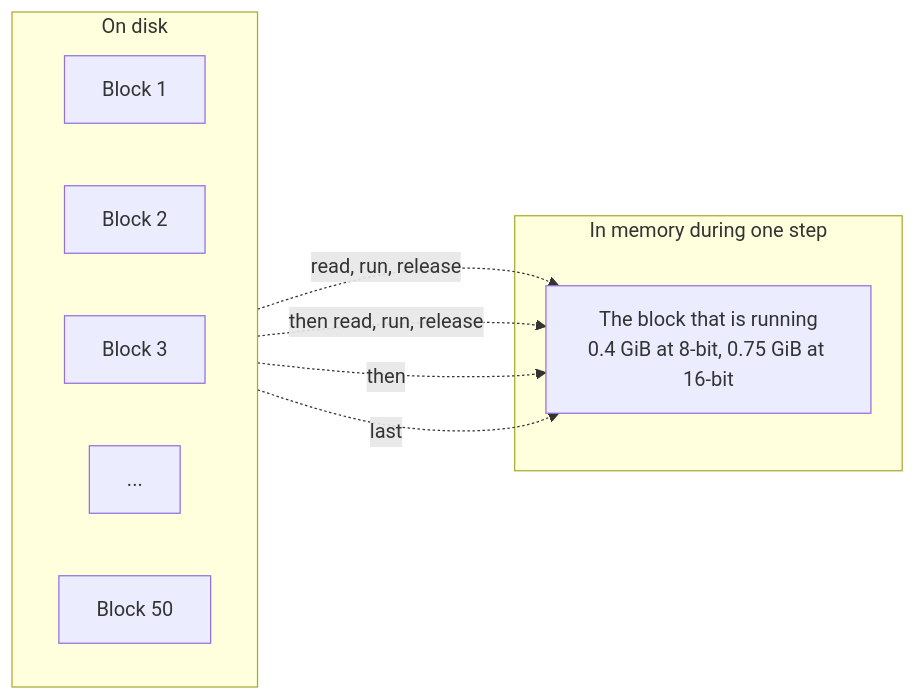
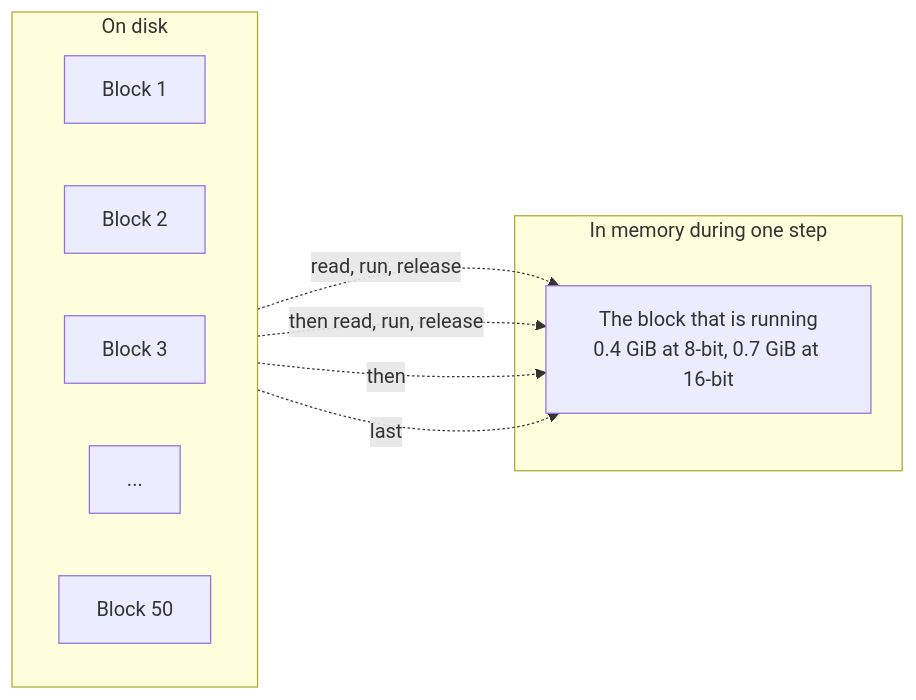
One commit to lpalbou/mlx-gen changed the second of 2 diagrams in docs/minimax-h3-memory.md. Above: the diagram before and after it, drawn with Mermaid. The commit also changed other lines of this file and 24 other files, not shown here.

````diff
--- a/docs/minimax-h3-memory.md
+++ b/docs/minimax-h3-memory.md
@@ -106,18 +107,18 @@
 ```mermaid
 flowchart LR
     subgraph disk["On disk"]
         direction LR
         d1["Block 1"]
         d2["Block 2"]
         d3["Block 3"]
         dn["..."]
         d50["Block 50"]
     end
     subgraph memory["In memory during one step"]
-        running["The block that is running<br/>0.4 GiB at 8-bit, 0.75 GiB at 16-bit"]
+        running["The block that is running<br/>0.4 GiB at 8-bit, 0.7 GiB at 16-bit"]
     end
     d1 -. "read, run, release" .-> running
     d2 -. "then read, run, release" .-> running
     d3 -. "then" .-> running
     d50 -. "last" .-> running
 ```
````
